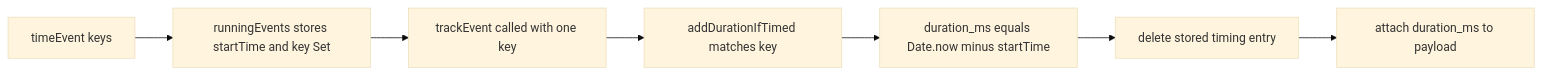
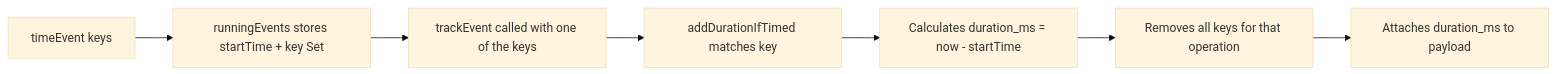
Before and after one commit to webex/webex-js-sdk: the fourth of 4 diagrams in packages/@webex/contact-center/src/metrics/ai-docs/ARCHITECTURE.md, drawn with Mermaid (base theme). The commit also changed other lines of this file and 12 other files, not shown here.

````diff
--- a/packages/@webex/contact-center/src/metrics/ai-docs/ARCHITECTURE.md
+++ b/packages/@webex/contact-center/src/metrics/ai-docs/ARCHITECTURE.md
@@ -122,9 +190,9 @@
 ```mermaid
 flowchart LR
-  A[timeEvent keys] --> B[runningEvents stores startTime and key Set]
-  B --> C[trackEvent called with one key]
-  C --> D[addDurationIfTimed matches key]
-  D --> E[duration_ms equals Date.now minus startTime]
-  E --> F[delete stored timing entry]
-  F --> G[attach duration_ms to payload]
+    A[timeEvent keys] --> B[runningEvents stores startTime + key Set]
+    B --> C[trackEvent called with one of the keys]
+    C --> D[addDurationIfTimed matches key]
+    D --> E[Calculates duration_ms = now - startTime]
+    E --> F[Removes all keys for that operation]
+    F --> G[Attaches duration_ms to payload]
 ```
````
